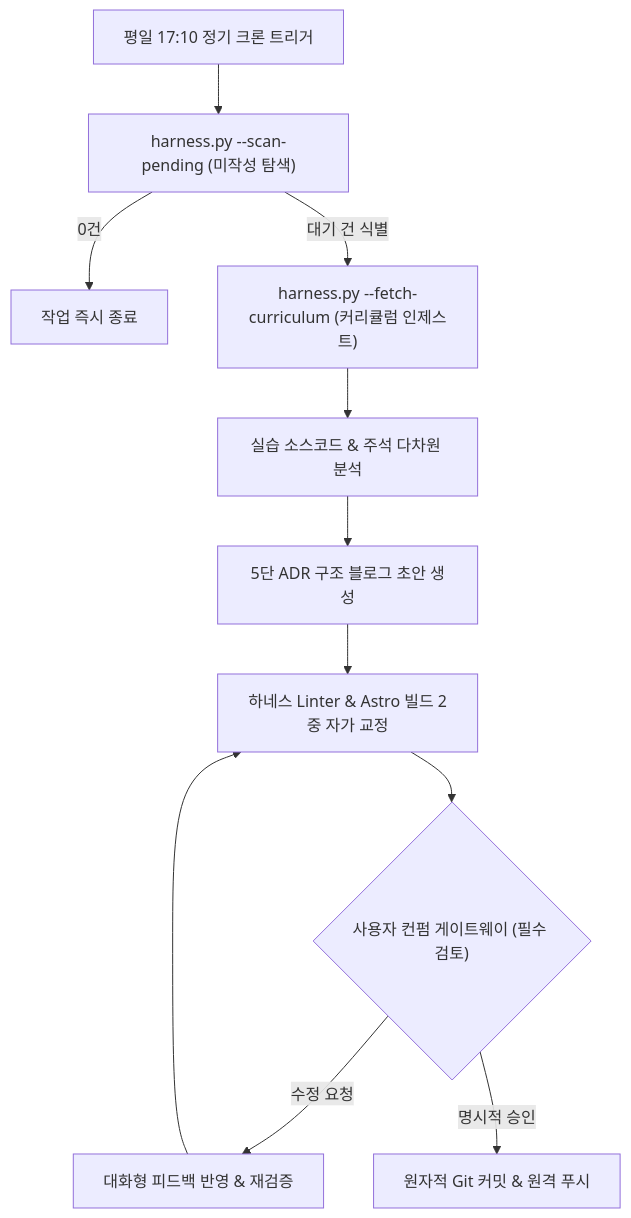
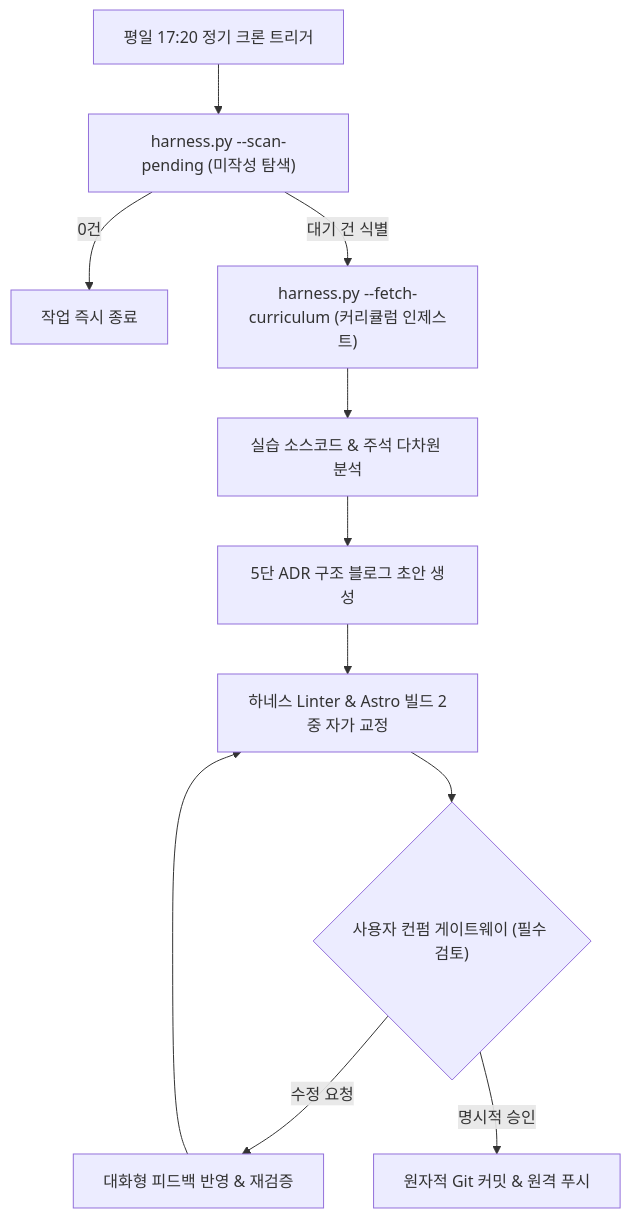
One commit to mmmphyun/security-agent-toolkit changed the diagram in docs/posts/proj-devlog-agent-pipeline-03-zero-command-and-coauthoring.md. Above: the diagram before and after it, drawn with Mermaid. The commit also changed other lines of this file, not shown here.

````diff
--- a/docs/posts/proj-devlog-agent-pipeline-03-zero-command-and-coauthoring.md
+++ b/docs/posts/proj-devlog-agent-pipeline-03-zero-command-and-coauthoring.md
@@ -21,15 +21,15 @@
 ```mermaid
 flowchart TD
-    A["평일 17:10 정기 크론 트리거"] --> B["harness.py --scan-pending (미작성 탐색)"]
+    A["평일 17:20 정기 크론 트리거"] --> B["harness.py --scan-pending (미작성 탐색)"]
     B -->|0건| C["작업 즉시 종료"]
     B -->|대기 건 식별| D["harness.py --fetch-curriculum (커리큘럼 인제스트)"]
     D --> E["실습 소스코드 & 주석 다차원 분석"]
     F["5단 ADR 구조 블로그 초안 생성"]
     E --> F
     F --> G["하네스 Linter & Astro 빌드 2중 자가 교정"]
     H{"사용자 컨펌 게이트웨이 (필수 검토)"}
     G --> H
     H -->|수정 요청| I["대화형 피드백 반영 & 재검증"]
     I --> G
     H -->|명시적 승인| J["원자적 Git 커밋 & 원격 푸시"]
 ```
````
